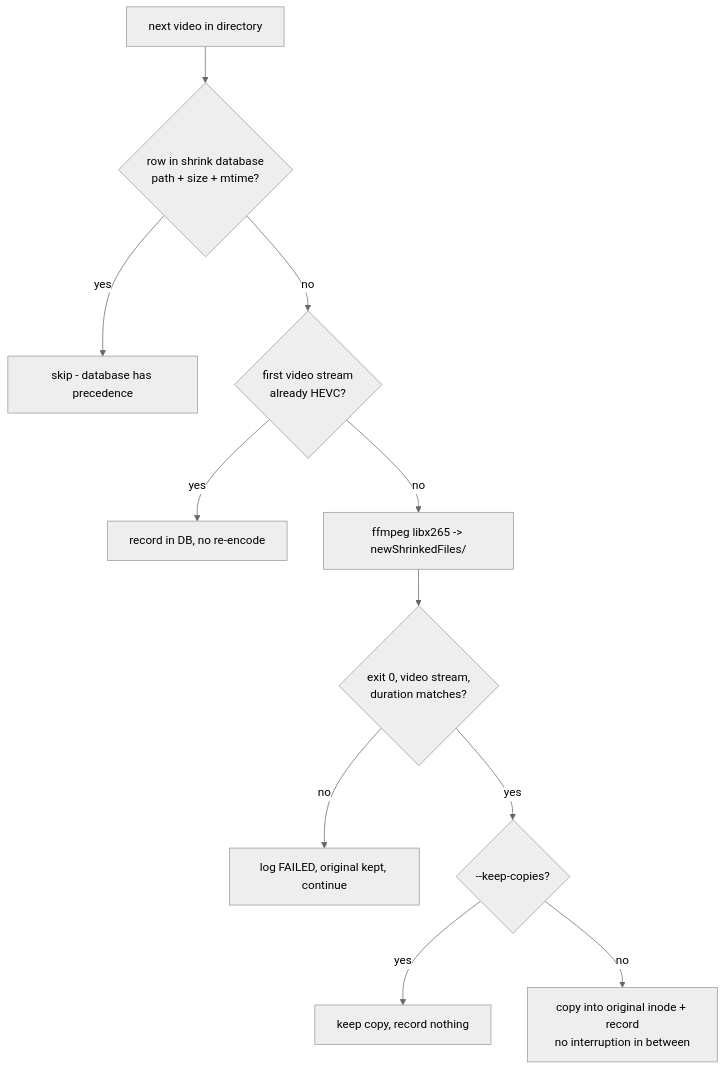
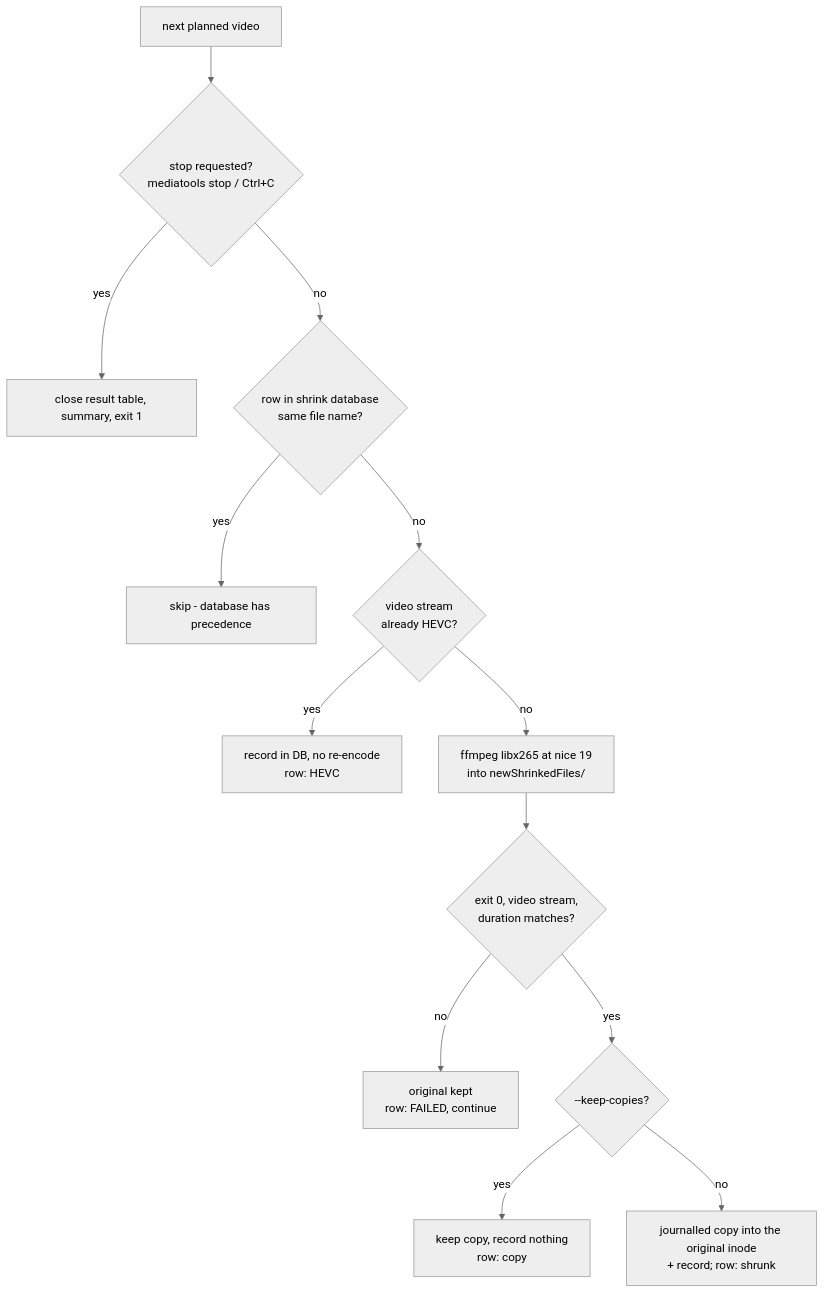
The diagram in docs/img/shrink_flow.mmd (peddanet/mediatools), drawn with Mermaid (neutral theme) before and after one commit. The commit also changed 31 other files, not shown here.

```diff
--- a/docs/img/shrink_flow.mmd
+++ b/docs/img/shrink_flow.mmd
@@ -1,11 +1,13 @@
 flowchart TD
-  A[next video in directory] --> B{row in shrink database<br/>path + size + mtime?}
+  A[next planned video] --> X{stop requested?<br/>mediatools stop / Ctrl+C}
+  X -- yes --> END[close result table, summary, exit 1]
+  X -- no --> B{row in shrink database<br/>same file name?}
   B -- yes --> S[skip - database has precedence]
-  B -- no --> C{first video stream<br/>already HEVC?}
-  C -- yes --> R1[record in DB, no re-encode]
-  C -- no --> E[ffmpeg libx265 -> newShrinkedFiles/]
+  B -- no --> C{video stream<br/>already HEVC?}
+  C -- yes --> R1[record in DB, no re-encode<br/>row: HEVC]
+  C -- no --> E[ffmpeg libx265 at nice 19<br/>into newShrinkedFiles/]
   E --> V{exit 0, video stream,<br/>duration matches?}
-  V -- no --> F[log FAILED, original kept, continue]
+  V -- no --> F[original kept<br/>row: FAILED, continue]
   V -- yes --> K{--keep-copies?}
-  K -- yes --> KC[keep copy, record nothing]
-  K -- no --> W[copy into original inode + record<br/>no interruption in between]
+  K -- yes --> KC[keep copy, record nothing<br/>row: copy]
+  K -- no --> W[journalled copy into the original inode<br/>+ record; row: shrunk]
```
